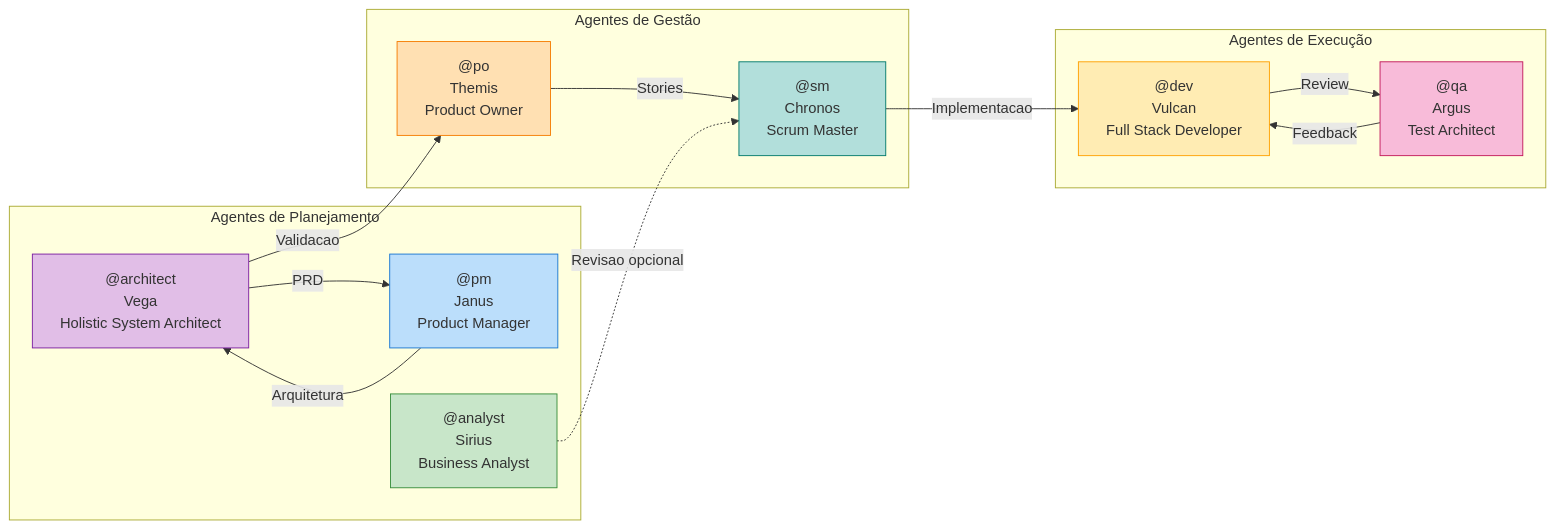
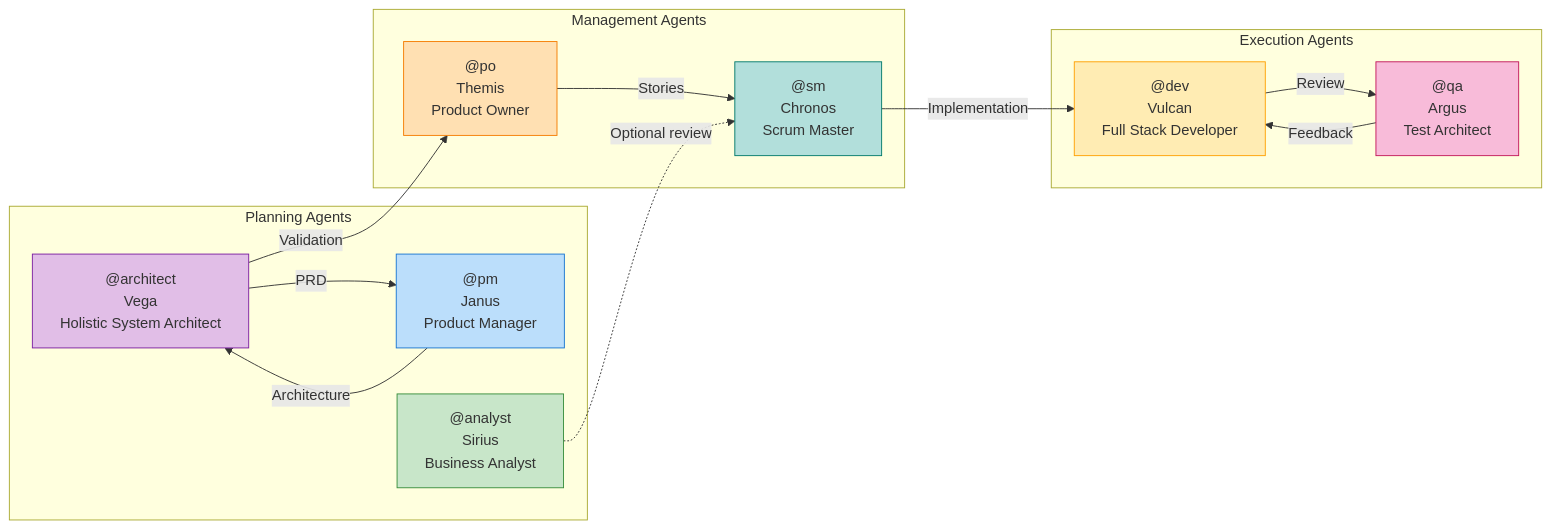
Before and after one commit to CyryxLabs/AEXOS: the third of 6 diagrams in docs/aexos-workflows/brownfield-service-workflow.md, drawn with Mermaid. The commit also changed other lines of this file and 528 other files, not shown here.

````diff
--- a/docs/aexos-workflows/brownfield-service-workflow.md
+++ b/docs/aexos-workflows/brownfield-service-workflow.md
@@ -408,35 +408,35 @@
 ```mermaid
 graph LR
-    subgraph "Agentes de Planejamento"
+    subgraph "Planning Agents"
         Architect["@architect<br/>Vega<br/>Holistic System Architect"]
         PM["@pm<br/>Janus<br/>Product Manager"]
         Analyst["@analyst<br/>Sirius<br/>Business Analyst"]
     end
 
-    subgraph "Agentes de Gestão"
+    subgraph "Management Agents"
         PO["@po<br/>Themis<br/>Product Owner"]
         SM["@sm<br/>Chronos<br/>Scrum Master"]
     end
 
-    subgraph "Agentes de Execução"
+    subgraph "Execution Agents"
         Dev["@dev<br/>Vulcan<br/>Full Stack Developer"]
         QA["@qa<br/>Argus<br/>Test Architect"]
     end
 
     Architect -->|"PRD"| PM
-    PM -->|"Arquitetura"| Architect
-    Architect -->|"Validacao"| PO
+    PM -->|"Architecture"| Architect
+    Architect -->|"Validation"| PO
     PO -->|"Stories"| SM
-    SM -->|"Implementacao"| Dev
+    SM -->|"Implementation"| Dev
     Dev -->|"Review"| QA
     QA -->|"Feedback"| Dev
-    Analyst -.->|"Revisao opcional"| SM
+    Analyst -.->|"Optional review"| SM
 
     style Architect fill:#E1BEE7,stroke:#7B1FA2
     style PM fill:#BBDEFB,stroke:#1976D2
     style Analyst fill:#C8E6C9,stroke:#388E3C
     style PO fill:#FFE0B2,stroke:#F57C00
     style SM fill:#B2DFDB,stroke:#00796B
     style Dev fill:#FFECB3,stroke:#FFA000
     style QA fill:#F8BBD9,stroke:#C2185B
 ```
````
